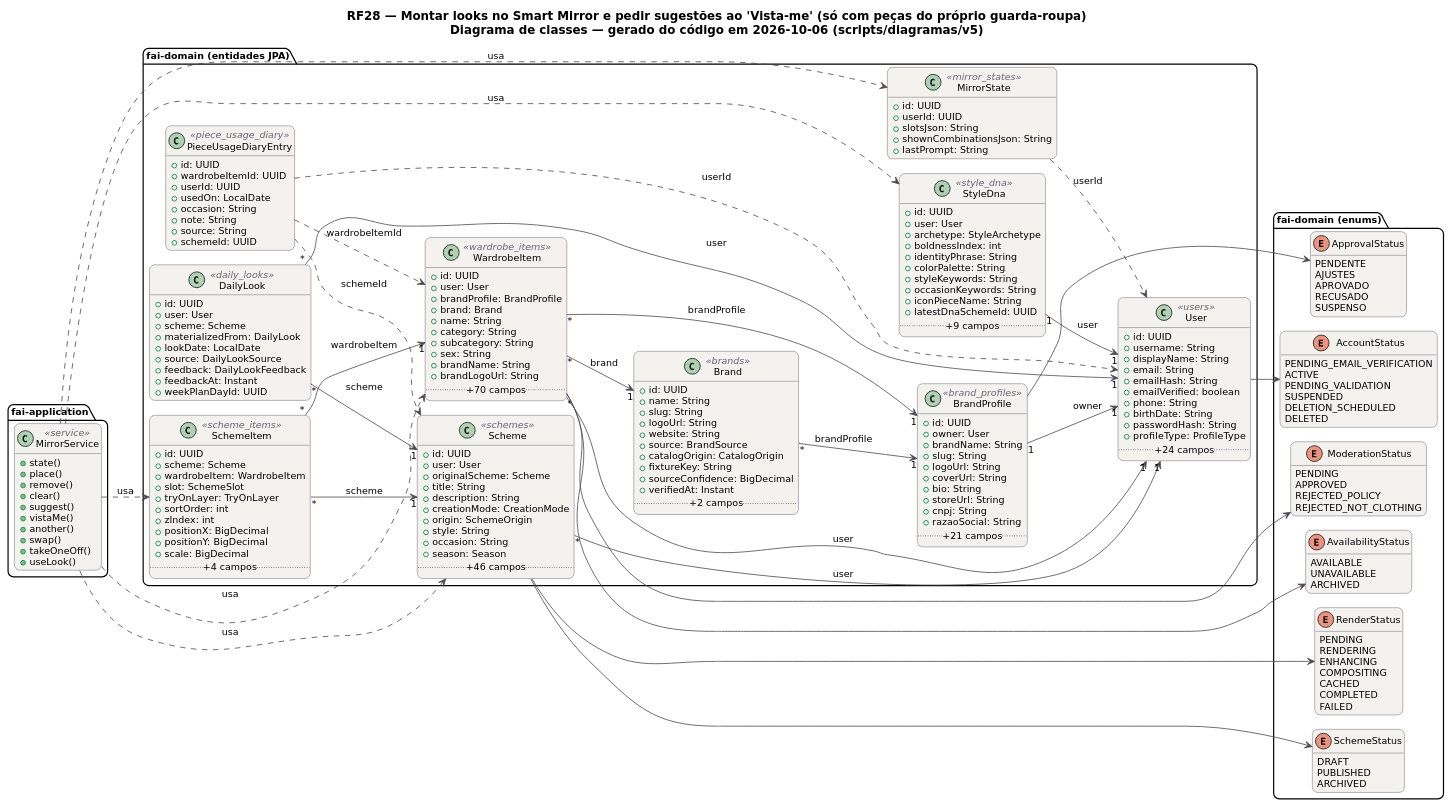
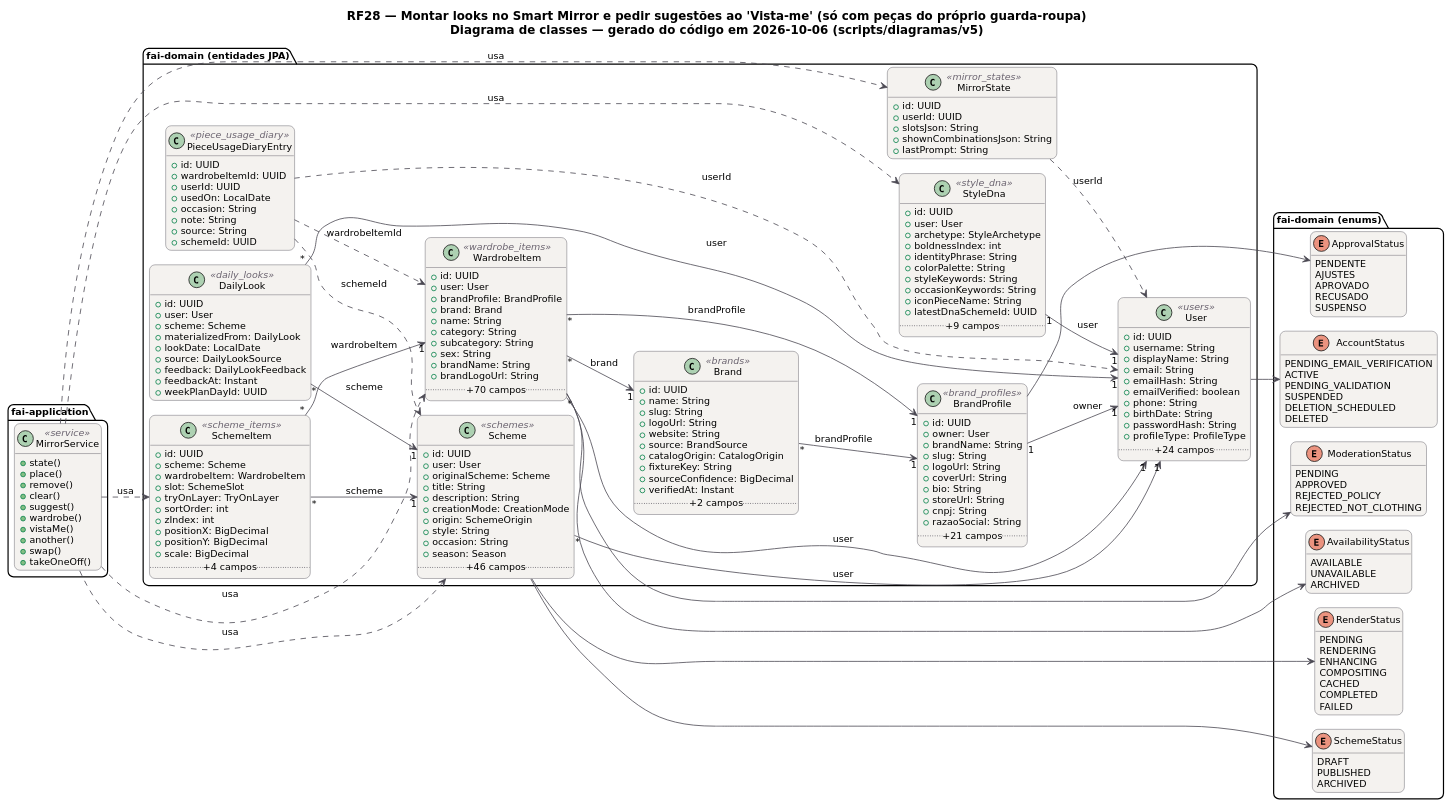
Before and after one commit to MatheusHaliski/tcc-2026-fashion-ai-backend: the diagram in docs/diagramas/RF28/RF28-classes.puml, drawn with PlantUML. The commit also changed 36 other files, not shown here.

```diff
--- a/docs/diagramas/RF28/RF28-classes.puml
+++ b/docs/diagramas/RF28/RF28-classes.puml
@@ -192,11 +192,11 @@
     +remove()
     +clear()
     +suggest()
+    +wardrobe()
     +vistaMe()
     +another()
     +swap()
     +takeOneOff()
-    +useLook()
   }
 }
 MirrorService ..> MirrorState : usa
```
